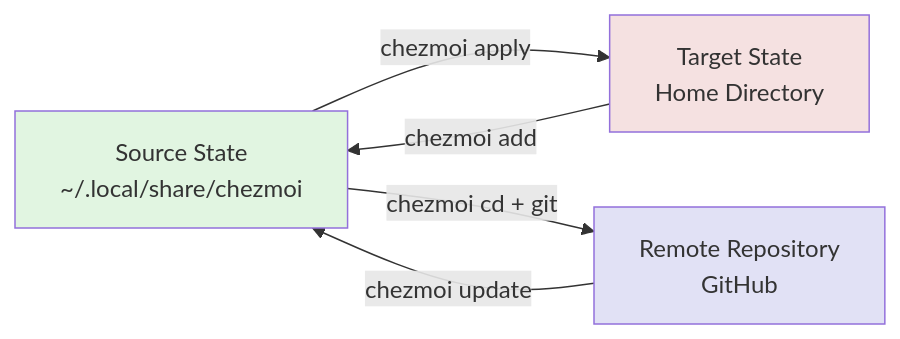
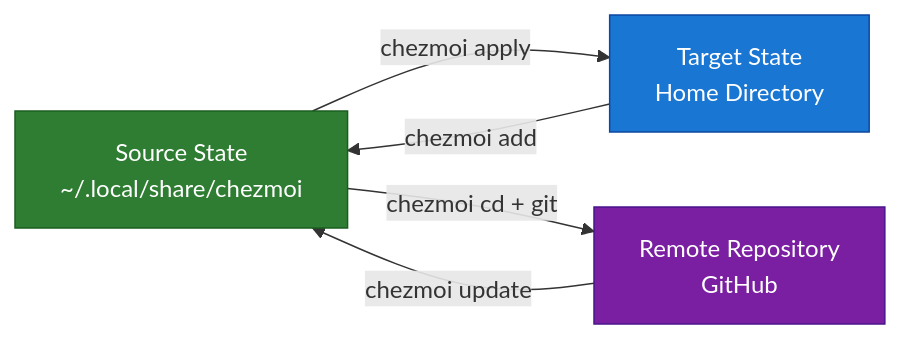
Before and after one commit to mkm29/dotfiles: the first of 4 diagrams in README.md, drawn with Mermaid. The commit also changed other lines of this file, not shown here.

Commit message:
Update README.md to enhance diagram styles for workflows and package installation flow

````diff
--- a/README.md
+++ b/README.md
@@ -67,11 +67,11 @@
 ```mermaid
 graph LR
     A[Source State<br/>~/.local/share/chezmoi] -->|chezmoi apply| B[Target State<br/>Home Directory]
     C[Remote Repository<br/>GitHub] -->|chezmoi update| A
     A -->|chezmoi cd + git| C
     B -->|chezmoi add| A
     
-    style A fill:#e1f5e1
-    style B fill:#f5e1e1
-    style C fill:#e1e1f5
+    style A fill:#2e7d32,stroke:#1b5e20,color:#fff
+    style B fill:#1976d2,stroke:#0d47a1,color:#fff
+    style C fill:#7b1fa2,stroke:#4a148c,color:#fff
 ```
````
